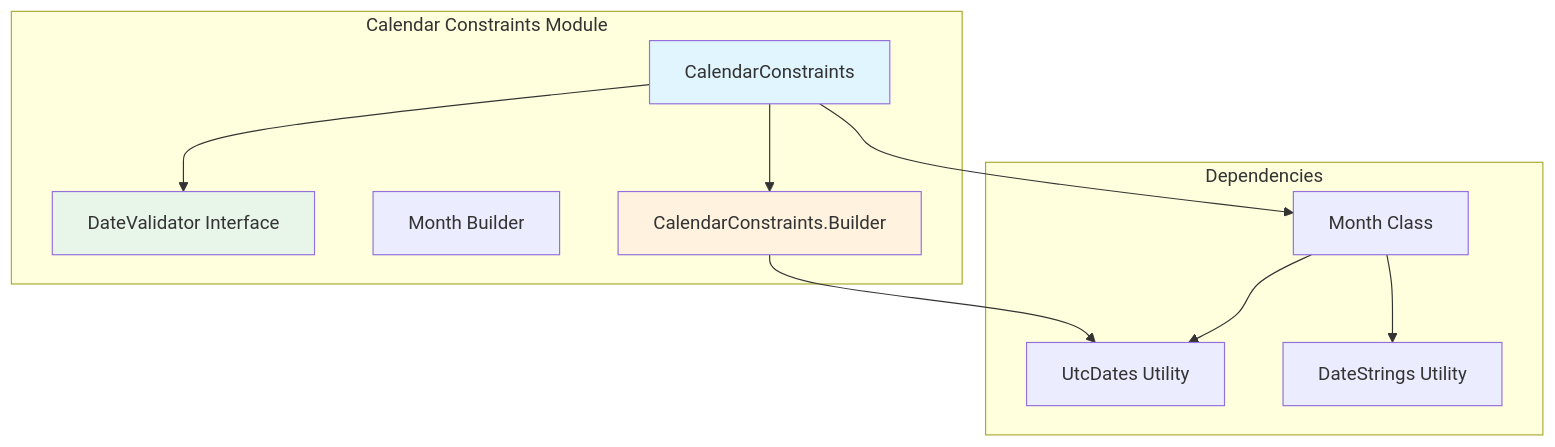
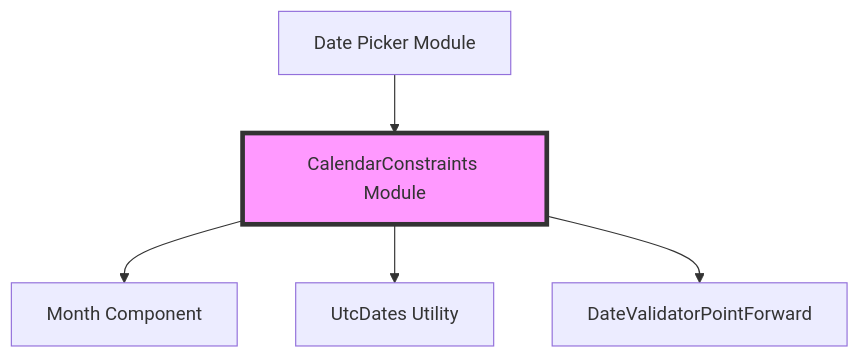
The second of 5 diagrams in docs/material-components--material-components-android-docs/calendar-constraints.md (FSoft-AI4Code/codewiki-demo), drawn with Mermaid before and after one commit. The commit also changed other lines of this file and 1103 other files, not shown here.

````diff
--- a/docs/material-components--material-components-android-docs/calendar-constraints.md
+++ b/docs/material-components--material-components-android-docs/calendar-constraints.md
@@ -13,26 +77,15 @@
 ```mermaid
-graph TB
-    subgraph "Calendar Constraints Module"
-        CC[CalendarConstraints]
-        DV[DateValidator Interface]
-        MB[Month Builder]
-        CB[CalendarConstraints.Builder]
-    end
+graph TD
+    CalendarConstraints[CalendarConstraints Module]
+    DatePicker[Date Picker Module]
+    Month[Month Component]
+    UtcDates[UtcDates Utility]
+    DateValidatorPointForward[DateValidatorPointForward]
     
-    subgraph "Dependencies"
-        Month[Month Class]
-        UtcDates[UtcDates Utility]
-        DateStrings[DateStrings Utility]
-    end
+    CalendarConstraints --> Month
+    CalendarConstraints --> UtcDates
+    CalendarConstraints --> DateValidatorPointForward
+    DatePicker --> CalendarConstraints
     
-    CC --> DV
-    CC --> Month
-    CC --> CB
-    CB --> UtcDates
-    Month --> UtcDates
-    Month --> DateStrings
-    
-    style CC fill:#e1f5fe
-    style DV fill:#e8f5e9
-    style CB fill:#fff3e0
+    style CalendarConstraints fill:#f9f,stroke:#333,stroke-width:4px
 ```
````
